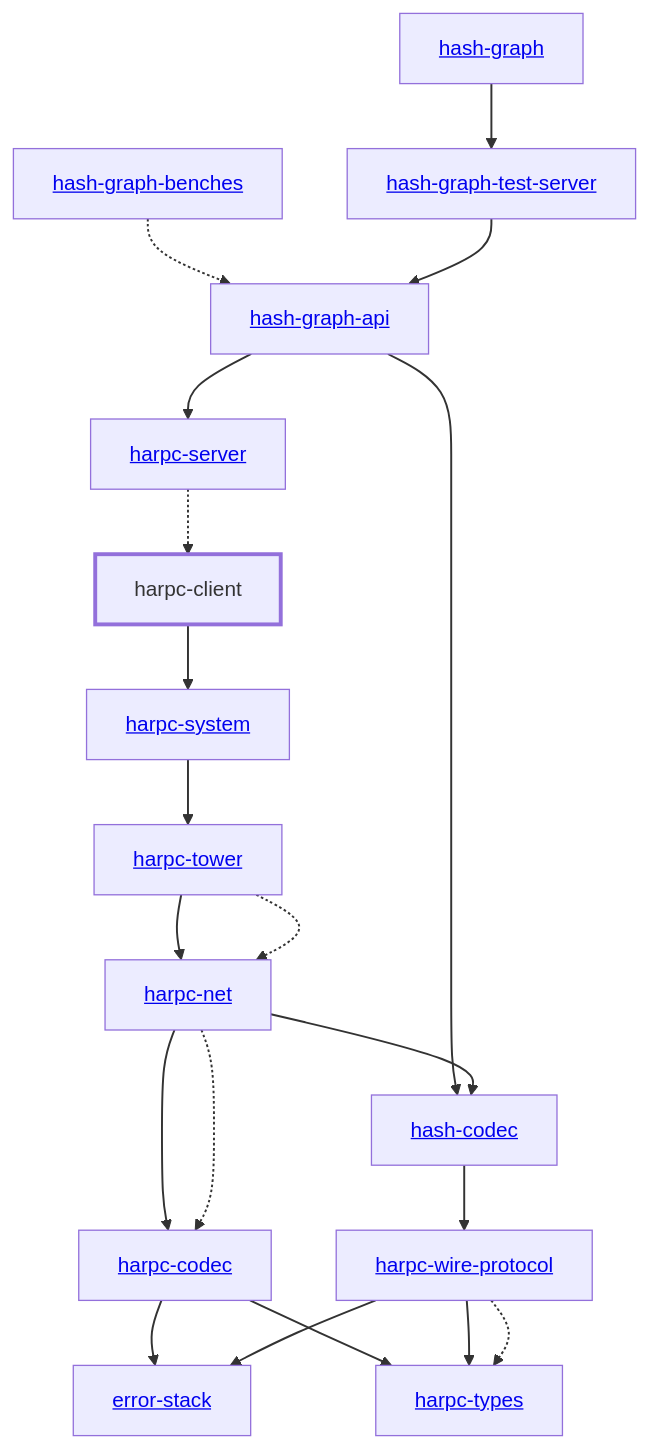
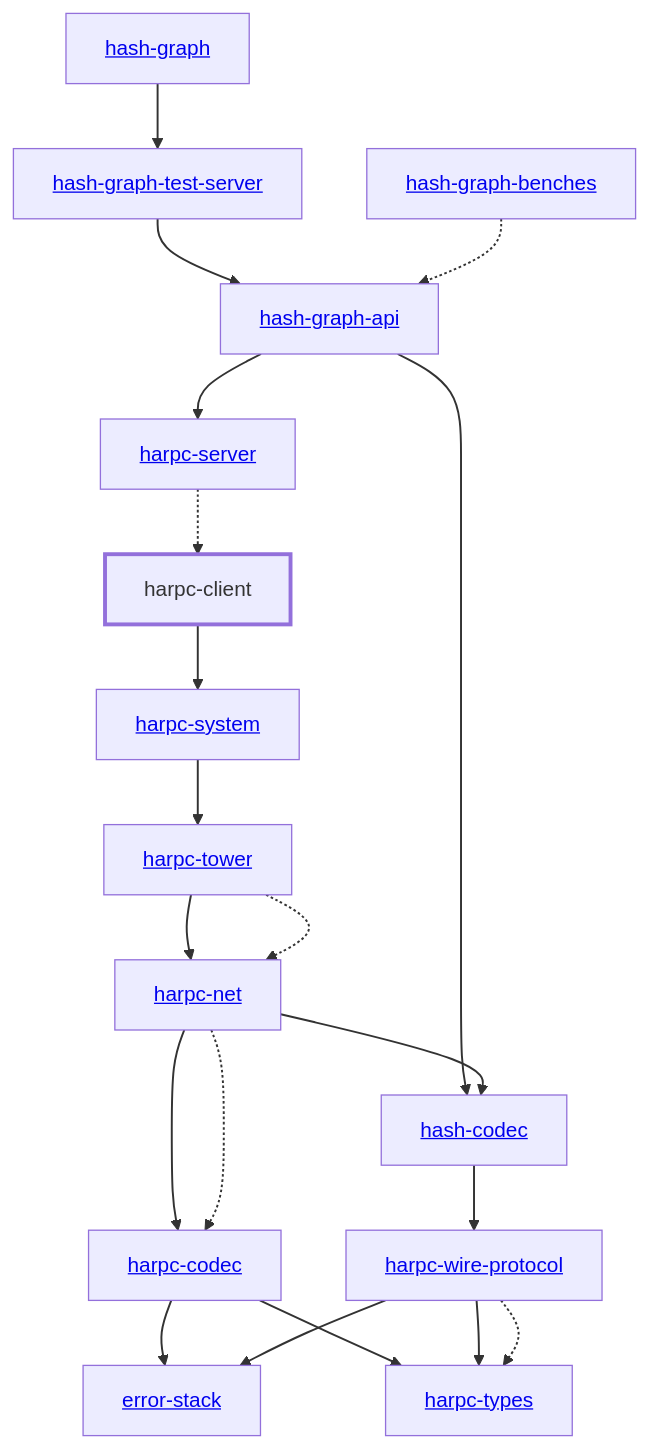
Before and after one commit to hashintel/hash: the diagram in libs/@local/harpc/client/rust/docs/dependency-diagram.mmd, drawn with Mermaid. The commit also changed other lines of this file and 39 other files, not shown here.

```diff
--- a/libs/@local/harpc/client/rust/docs/dependency-diagram.mmd
+++ b/libs/@local/harpc/client/rust/docs/dependency-diagram.mmd
@@ -1,44 +1,44 @@
 graph TD
     linkStyle default stroke-width:1.5px
     classDef default stroke-width:1px
     classDef root stroke-width:3px
     classDef dev stroke-width:1px
     classDef build stroke-width:1px
     %% Legend
     %% --> : Normal dependency
     %% -.-> : Dev dependency
     %% ---> : Build dependency
     0[<a href="../harpc_tower/index.html">harpc-tower</a>]
     1[<a href="../harpc_types/index.html">harpc-types</a>]
     2[<a href="../harpc_wire_protocol/index.html">harpc-wire-protocol</a>]
     3[<a href="../hash_codec/index.html">hash-codec</a>]
     4[<a href="../hash_graph/index.html">hash-graph</a>]
     5[<a href="../hash_graph_api/index.html">hash-graph-api</a>]
     6[<a href="../hash_graph_test_server/index.html">hash-graph-test-server</a>]
     7[<a href="../error_stack/index.html">error-stack</a>]
     8[<a href="../hash_graph_benches/index.html">hash-graph-benches</a>]
     9[harpc-client]
     class 9 root
     10[<a href="../harpc_codec/index.html">harpc-codec</a>]
     11[<a href="../harpc_net/index.html">harpc-net</a>]
     12[<a href="../harpc_server/index.html">harpc-server</a>]
     13[<a href="../harpc_system/index.html">harpc-system</a>]
     5 --> 3
+    6 --> 5
     5 --> 12
     9 --> 13
     10 --> 7
     10 --> 1
     11 --> 10
     11 --> 3
     11 -.-> 10
     12 -.-> 9
     8 -.-> 5
     13 --> 0
     0 --> 11
     0 -.-> 11
     2 --> 7
     2 --> 1
     2 -.-> 1
     3 --> 2
     4 --> 6
-    6 --> 5
```
